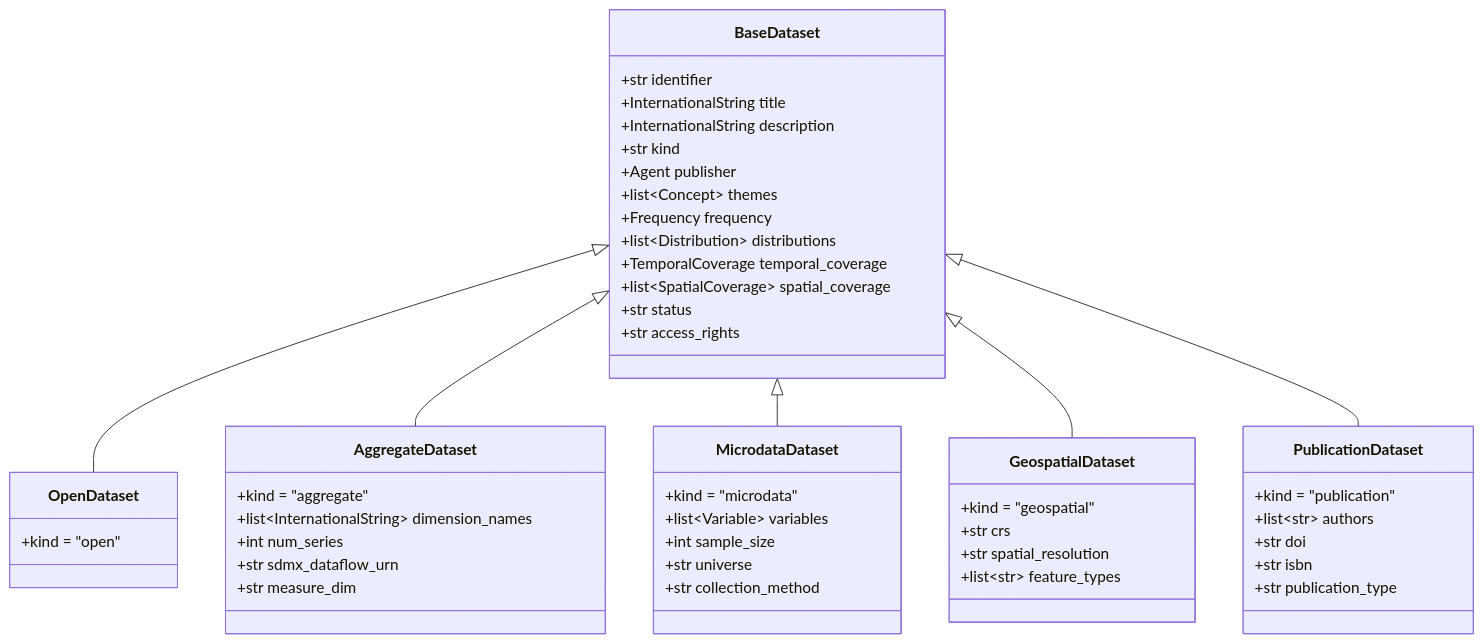
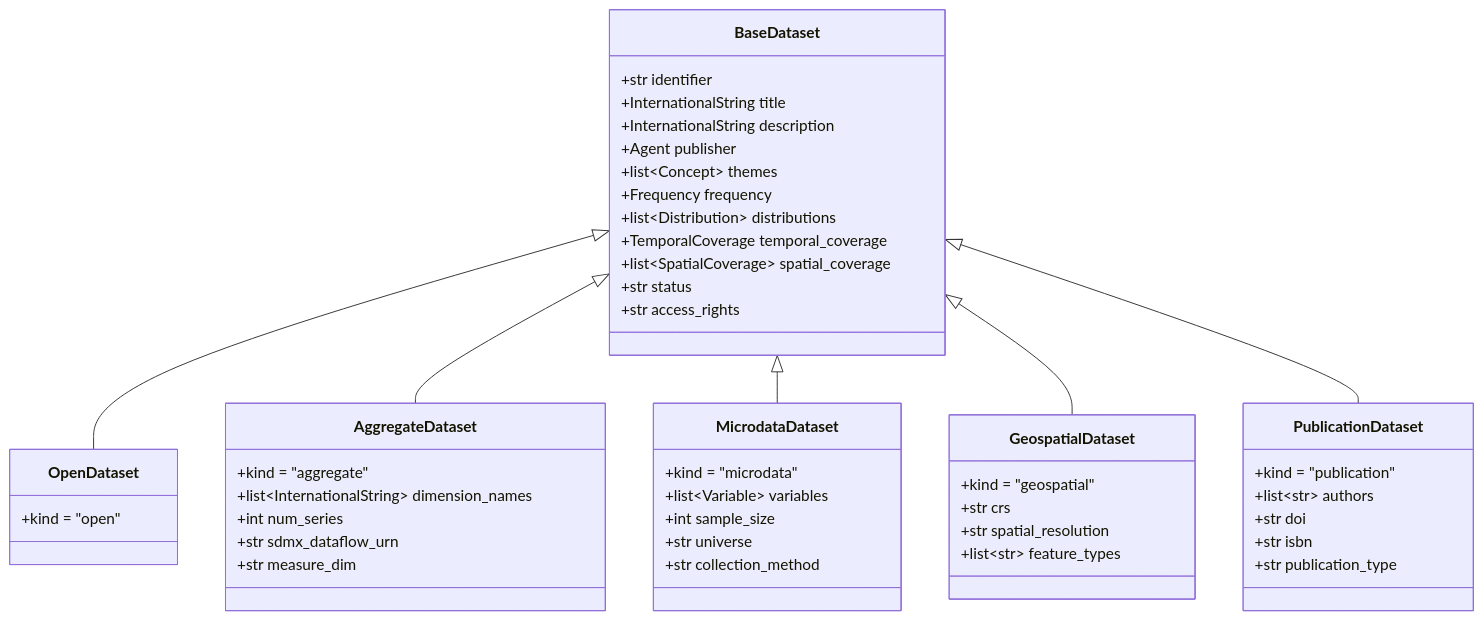
One commit to StatCat-Suite/statcatlib changed the third of 4 diagrams in docs/index.md. Above: the diagram before and after it, drawn with Mermaid. The commit also changed other lines of this file and 11 other files, not shown here.

````diff
--- a/docs/index.md
+++ b/docs/index.md
@@ -117,58 +117,57 @@
 ```mermaid
 classDiagram
     class BaseDataset {
         +str identifier
         +InternationalString title
         +InternationalString description
-        +str kind
         +Agent publisher
         +list~Concept~ themes
         +Frequency frequency
         +list~Distribution~ distributions
         +TemporalCoverage temporal_coverage
         +list~SpatialCoverage~ spatial_coverage
         +str status
         +str access_rights
     }
 
     class OpenDataset {
         +kind = "open"
     }
 
     class AggregateDataset {
         +kind = "aggregate"
         +list~InternationalString~ dimension_names
         +int num_series
         +str sdmx_dataflow_urn
         +str measure_dim
     }
 
     class MicrodataDataset {
         +kind = "microdata"
         +list~Variable~ variables
         +int sample_size
         +str universe
         +str collection_method
     }
 
     class GeospatialDataset {
         +kind = "geospatial"
         +str crs
         +str spatial_resolution
         +list~str~ feature_types
     }
 
     class PublicationDataset {
         +kind = "publication"
         +list~str~ authors
         +str doi
         +str isbn
         +str publication_type
     }
 
     BaseDataset <|-- OpenDataset
     BaseDataset <|-- AggregateDataset
     BaseDataset <|-- MicrodataDataset
     BaseDataset <|-- GeospatialDataset
     BaseDataset <|-- PublicationDataset
 ```
````
